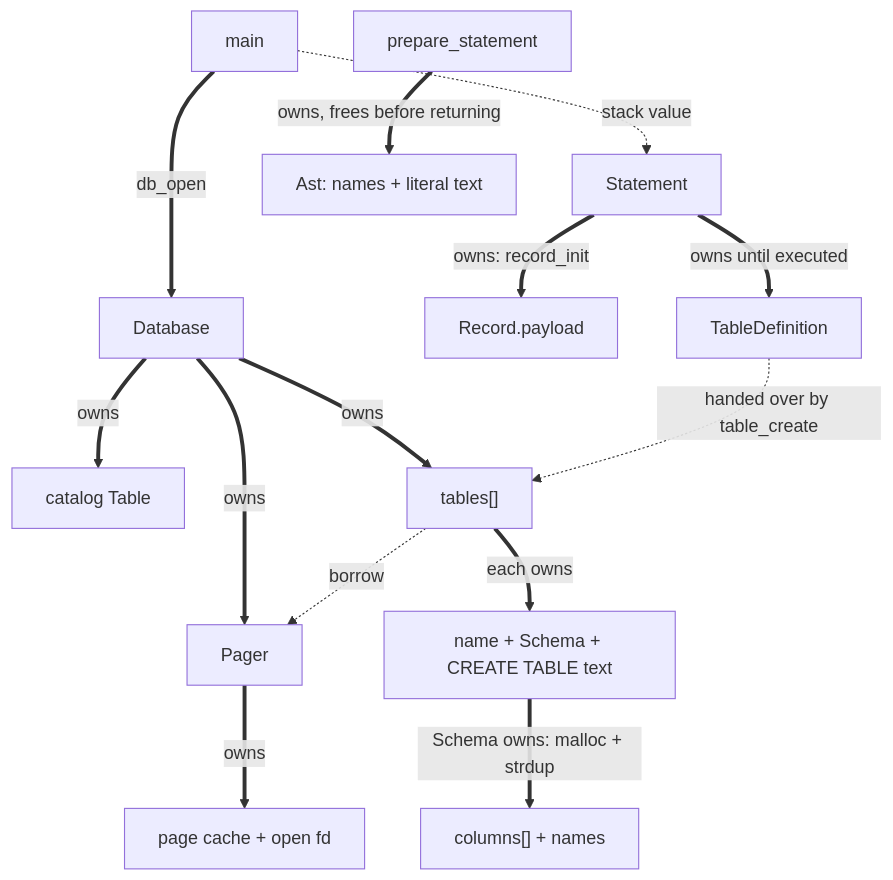
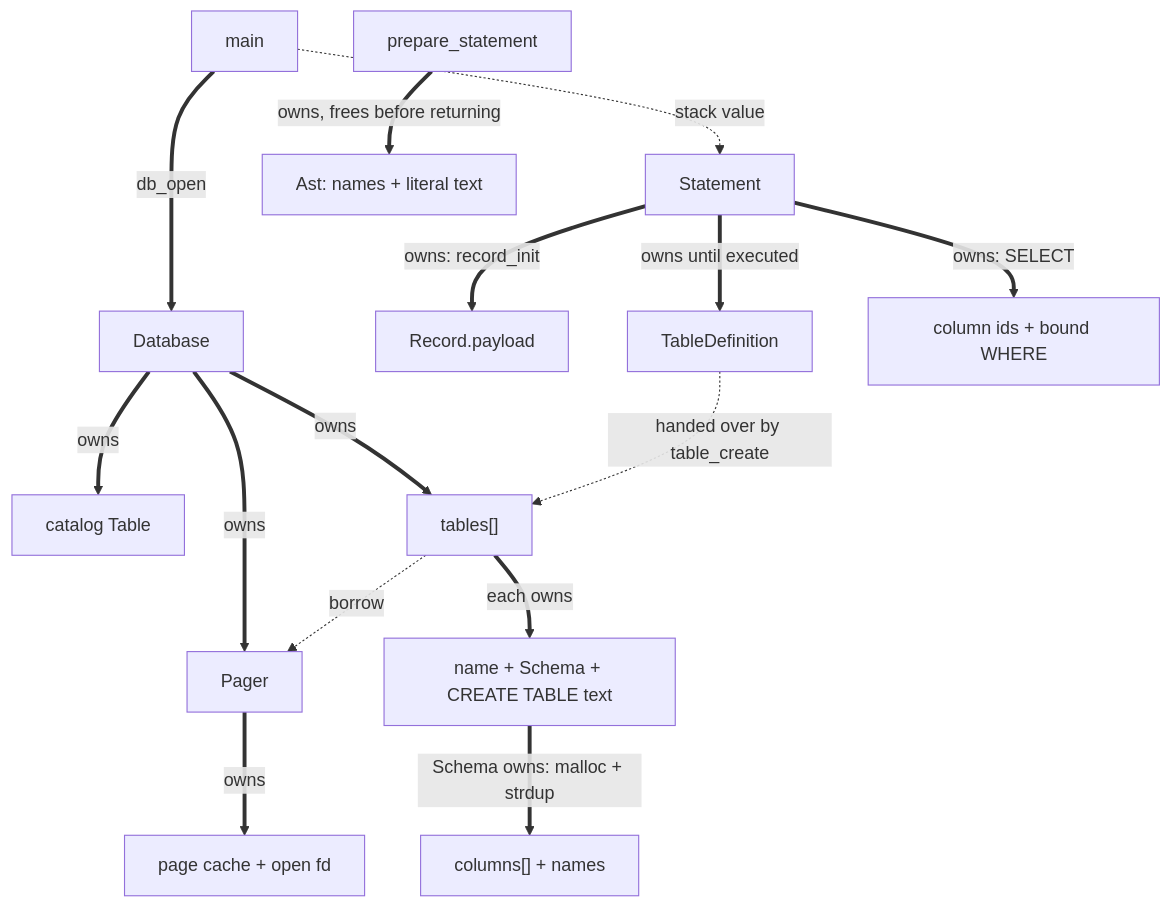
Diagram 19 of 22 in README.md (Rohitangshu2026/mini-sql), drawn with Mermaid before and after one commit. The commit also changed other lines of this file, not shown here.

````diff
--- a/README.md
+++ b/README.md
@@ -1045,17 +1179,18 @@
 ```mermaid
 flowchart TD
     main ==>|db_open| db["Database"]
     main -.->|stack value| stmt["Statement"]
 
     db ==>|owns| pager["Pager"]
     pager ==>|owns| pagesfd["page cache + open fd"]
     db ==>|owns| catalog["catalog Table"]
     db ==>|owns| tables["tables[]"]
     tables ==>|each owns| tparts["name + Schema + CREATE TABLE text"]
     tables -.->|borrow| pager
     tparts ==>|Schema owns: malloc + strdup| cols["columns[] + names"]
     stmt ==>|owns: record_init| payload["Record.payload"]
     stmt ==>|owns until executed| def["TableDefinition"]
+    stmt ==>|owns: SELECT| sel["column ids + bound WHERE"]
     def -.->|handed over by table_create| tables
     prep["prepare_statement"] ==>|owns, frees before returning| ast["Ast: names + literal text"]
 ```
````
